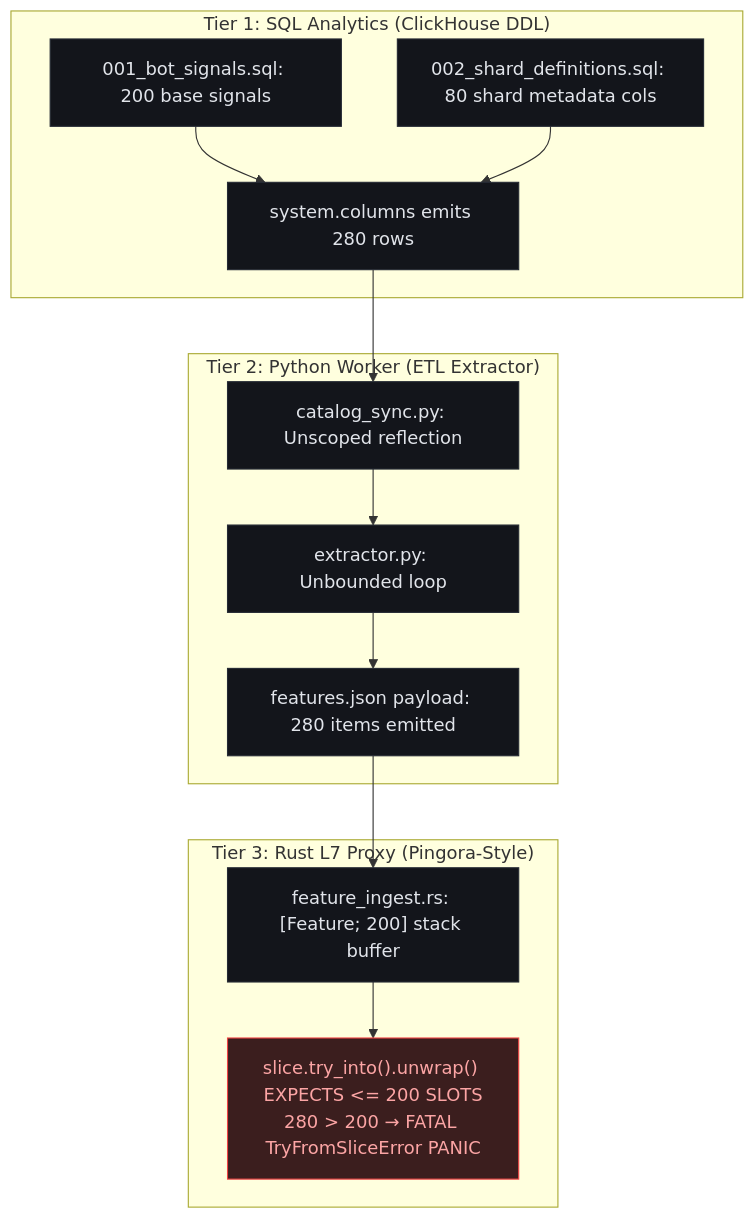
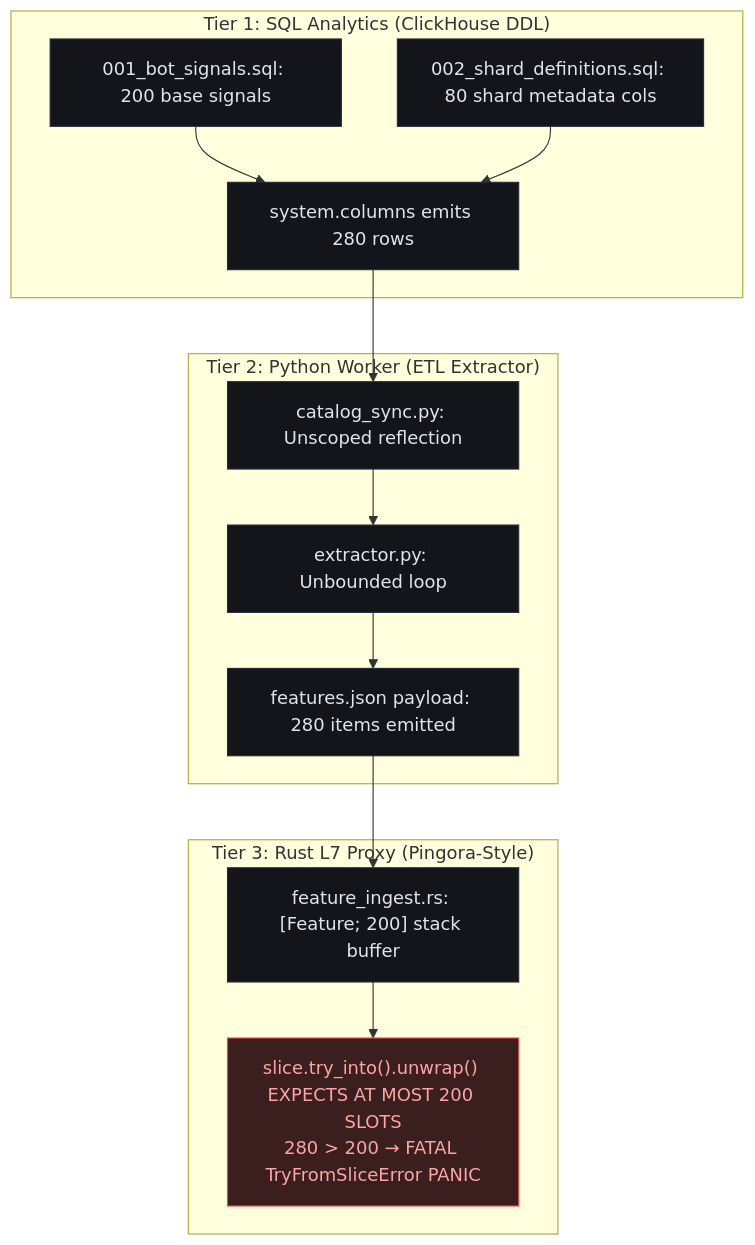
One commit to yvliet/stokes changed the diagram in web/src/content/docs/engines/dirichlet-case-study.md. Above: the diagram before and after it, drawn with Mermaid. The commit also changed other lines of this file and 19 other files, not shown here.

````diff
--- a/web/src/content/docs/engines/dirichlet-case-study.md
+++ b/web/src/content/docs/engines/dirichlet-case-study.md
@@ -17,29 +17,29 @@
 ```mermaid
 flowchart TD
     subgraph Tier1["Tier 1: SQL Analytics (ClickHouse DDL)"]
         DDL1["001_bot_signals.sql: 200 base signals"]
         DDL2["002_shard_definitions.sql: 80 shard metadata cols"]
         DDL1 --> EmittedCols["system.columns emits 280 rows"]
         DDL2 --> EmittedCols
     end
 
     subgraph Tier2["Tier 2: Python Worker (ETL Extractor)"]
         Sync["catalog_sync.py: Unscoped reflection"]
         Extract["extractor.py: Unbounded loop"]
         Payload["features.json payload: 280 items emitted"]
         Sync --> Extract --> Payload
     end
 
     subgraph Tier3["Tier 3: Rust L7 Proxy (Pingora-Style)"]
         Ingest["feature_ingest.rs: [Feature; 200] stack buffer"]
-        Panic["slice.try_into().unwrap() EXPECTS <= 200 SLOTS<br/>280 > 200 → FATAL TryFromSliceError PANIC"]
+        Panic["slice.try_into().unwrap() EXPECTS AT MOST 200 SLOTS<br/>280 > 200 → FATAL TryFromSliceError PANIC"]
         Ingest --> Panic
     end
 
     EmittedCols --> Sync
     Payload --> Ingest
 
     classDef default fill:#13151b,stroke:#262b35,color:#e1e4ea;
     classDef danger fill:#3b1e1e,stroke:#ef4444,color:#fca5a5;
     class Panic danger;
 ```
````
